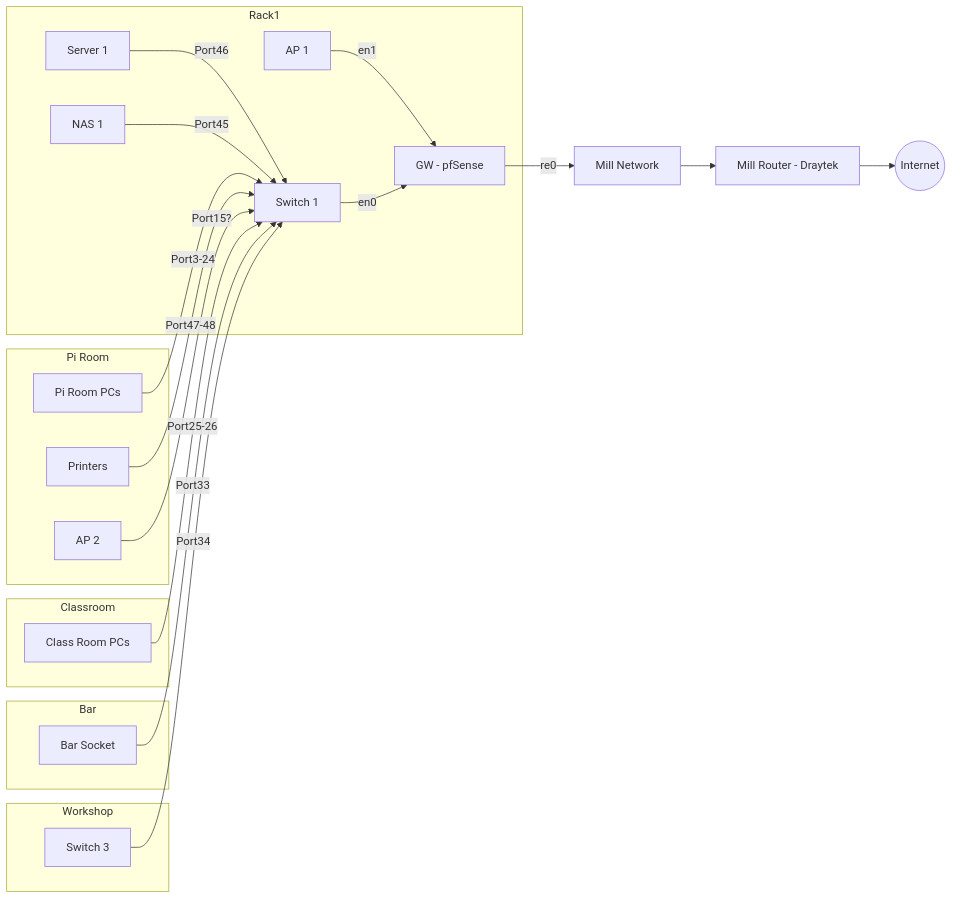
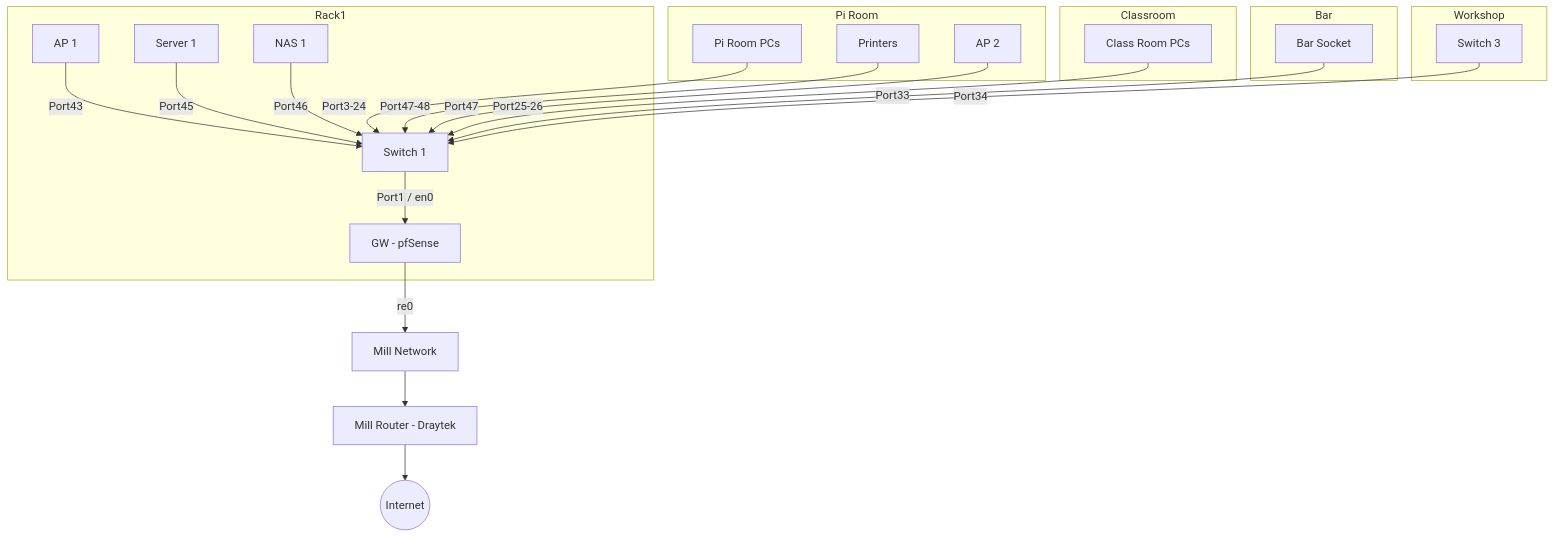
One commit to leigh-hackspace/HackspaceWiki changed the first of 2 diagrams in docs/infrastructure/network_layout.md. Above: the diagram before and after it, drawn with Mermaid.

Commit message:
Update for AP changes

````diff
--- a/docs/infrastructure/network_layout.md
+++ b/docs/infrastructure/network_layout.md
@@ -20,31 +20,31 @@
 ```mermaid
-graph LR
+graph 
     subgraph Rack1
     GW[GW - pfSense] 
-    AP[AP 1] -->|en1| GW
-    SWITCH1[Switch 1] -->|en0| GW
-    SERVER1[Server 1] -->|Port46| SWITCH1
-    NAS1[NAS 1] --> |Port45| SWITCH1
+    AP[AP 1] -->|Port43| SWITCH1
+    SWITCH1[Switch 1] -->|Port1 / en0| GW
+    SERVER1[Server 1] -->|Port45| SWITCH1
+    NAS1[NAS 1] --> |Port46| SWITCH1
     end
 
     GW -->|re0| MILL
     MILL[Mill Network] --> MILLROUTER[Mill Router - Draytek] --> INTERNET((Internet))
     
     subgraph Pi Room
     PIROOMPC[Pi Room PCs] -->|Port3-24| SWITCH1
     PRINTERS[Printers] -->|Port47-48| SWITCH1
-    PIROOMAP[AP 2] --> |Port15?| SWITCH1
+    PIROOMAP[AP 2] --> |Port47| SWITCH1
     end
 
     subgraph Classroom
     CLASSROOMPC[Class Room PCs] -->|Port25-26| SWITCH1
     end
     
     subgraph Bar
     BAR[Bar Socket] -->|Port33| SWITCH1
     end
     
     subgraph Workshop
     SWITCH3[Switch 3] -->|Port34| SWITCH1
     end
 ```
````
